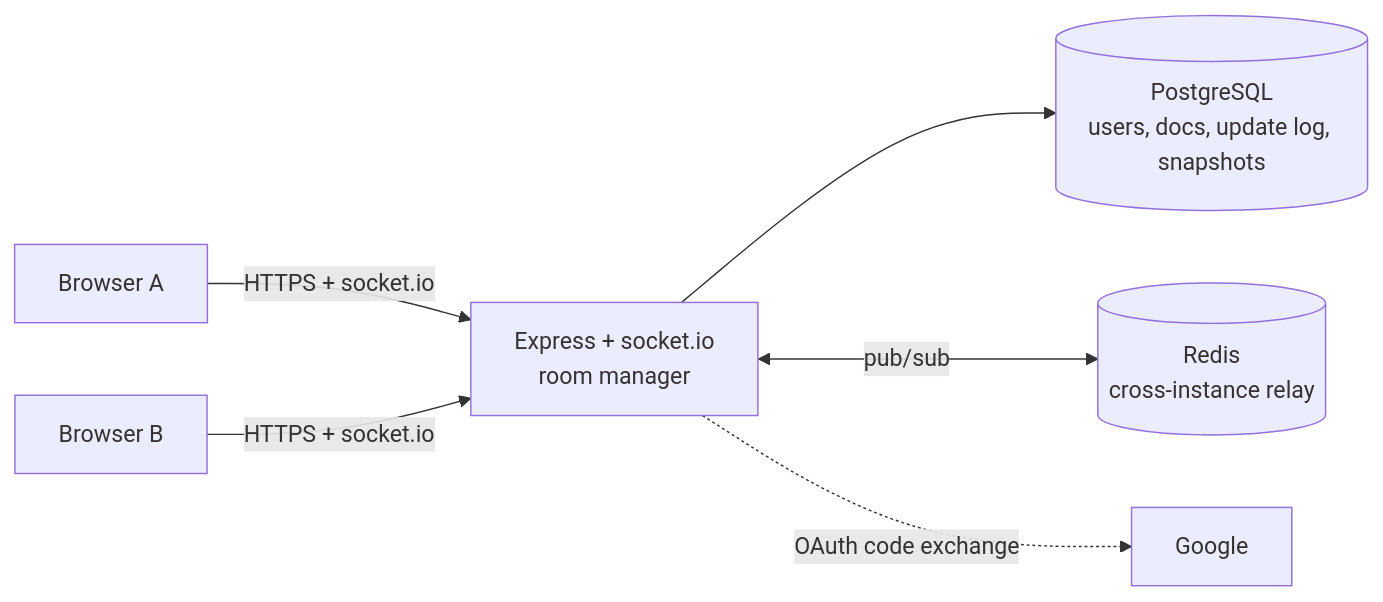
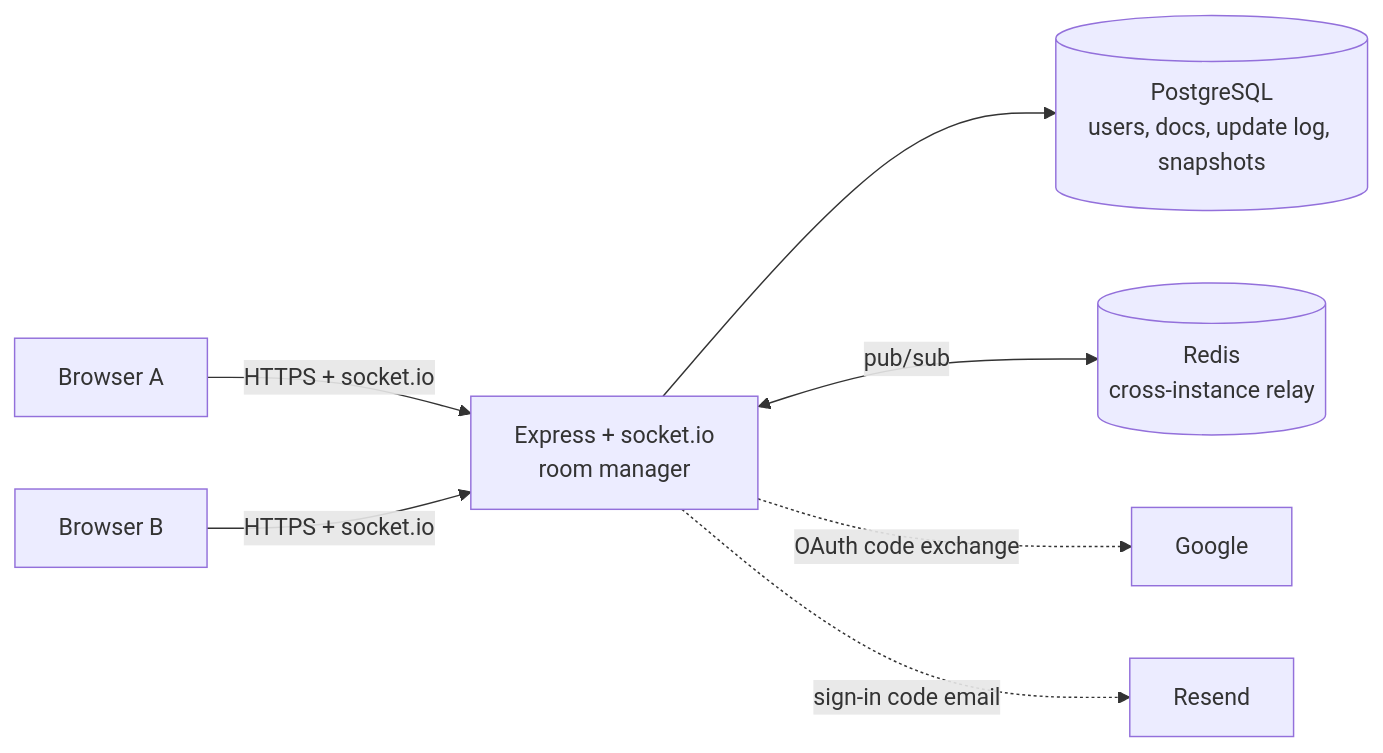
The diagram in README.md (Saksham-A-garwal/collabnotes), drawn with Mermaid before and after one commit. The commit also changed other lines of this file and 1 other file, not shown here.

First line of the commit message:
docs: passwordless auth, email setup and the updated security model

````diff
--- a/README.md
+++ b/README.md
@@ -19,8 +19,9 @@
 ```mermaid
 graph LR
   B1[Browser A] -- HTTPS + socket.io --> API
   B2[Browser B] -- HTTPS + socket.io --> API
   API[Express + socket.io<br/>room manager] --> PG[(PostgreSQL<br/>users, docs, update log, snapshots)]
   API <-- pub/sub --> R[(Redis<br/>cross-instance relay)]
   API -. OAuth code exchange .-> G[Google]
+  API -. sign-in code email .-> E[Resend]
 ```
````
